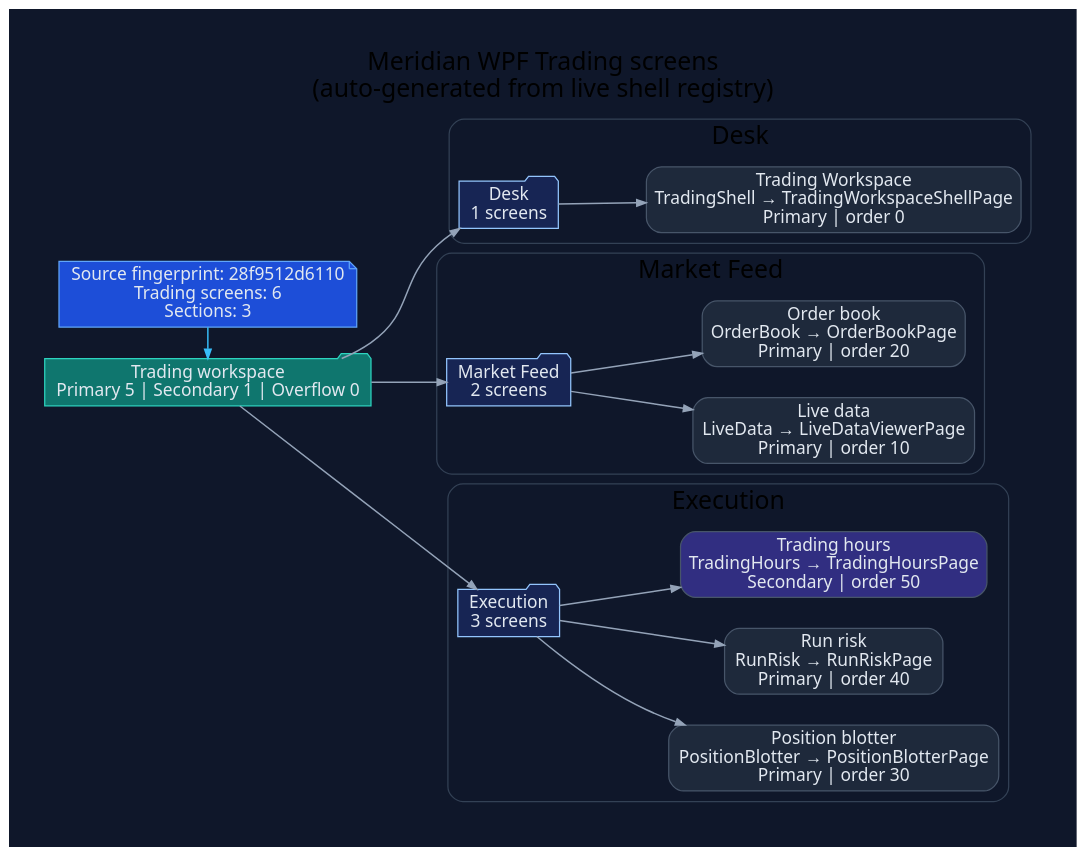
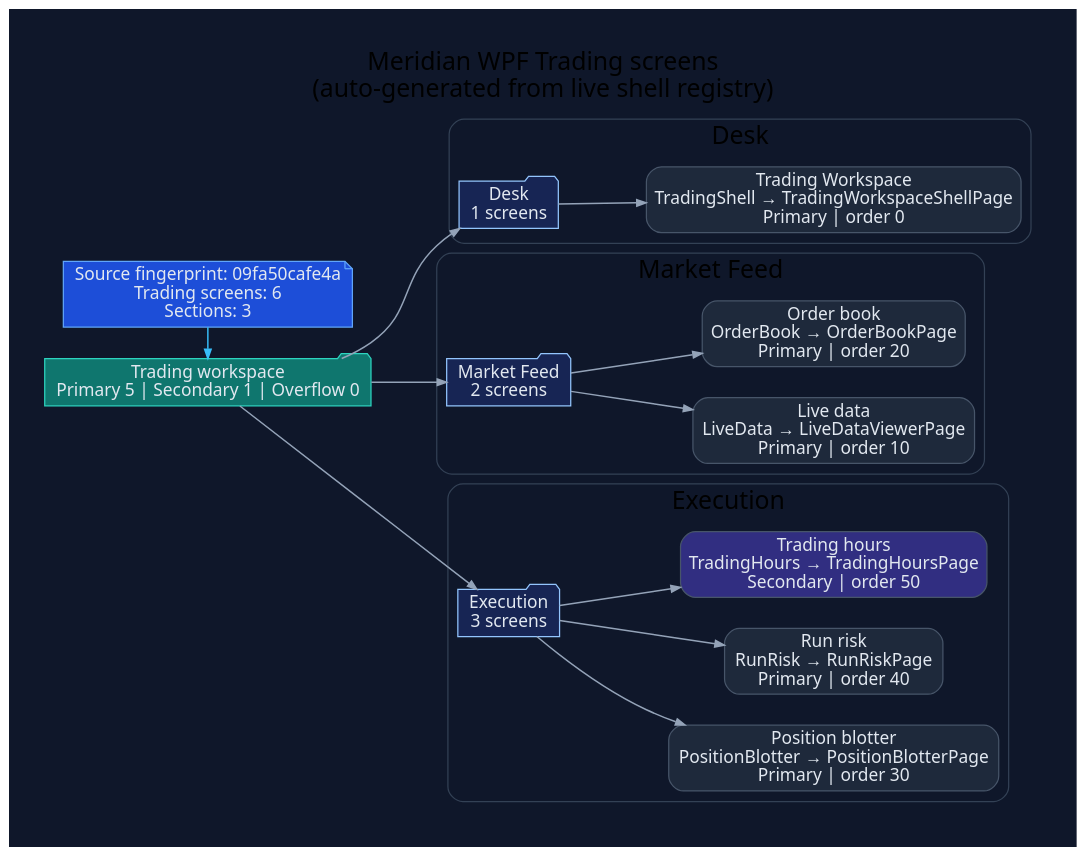
The diagram in docs/diagrams/ui/ui-wpf-screens-trading.dot (rodoHasArrived/Meridian-main), drawn with Graphviz before and after one commit. The commit also changed 263 other files, not shown here.

```diff
--- a/docs/diagrams/ui/ui-wpf-screens-trading.dot
+++ b/docs/diagrams/ui/ui-wpf-screens-trading.dot
@@ -1,62 +1,62 @@
 // -----------------------------------------------------------------------------
 // <auto-generated>
 // Generated by scripts/generate-diagrams.mjs.
 // Do not edit this file directly; update the WPF source files instead.
 // -----------------------------------------------------------------------------
 digraph WpfTradingScreens {
   graph [
     rankdir=LR,
     labelloc=t,
     label="Meridian WPF Trading screens\n(auto-generated from live shell registry)",
     fontname="Segoe UI",
     fontsize=20,
     pad=0.4,
     nodesep=0.35,
     ranksep=0.85,
     bgcolor="#0f172a"
   ];
   node [fontname="Segoe UI", shape=box, style="rounded,filled", color="#475569", fontcolor="#e2e8f0", fillcolor="#1e293b"];
   edge [fontname="Segoe UI", color="#94a3b8", penwidth=1.2, arrowsize=0.75];
 
-  generated [shape=note, fillcolor="#1d4ed8", color="#60a5fa", label="Source fingerprint: 28f9512d6110\nTrading screens: 6\nSections: 3"];
+  generated [shape=note, fillcolor="#1d4ed8", color="#60a5fa", label="Source fingerprint: 09fa50cafe4a\nTrading screens: 6\nSections: 3"];
   workspace [shape=folder, fillcolor="#0f766e", color="#2dd4bf", label="Trading workspace\nPrimary 5 | Secondary 1 | Overflow 0"];
   generated -> workspace [color="#38bdf8"];
 
   subgraph cluster_section_1 {
     label="Desk";
     color="#334155";
     style="rounded";
     section_1 [shape=folder, fillcolor="#172554", color="#93c5fd", label="Desk\n1 screens"];
     workspace -> section_1;
     screen_TradingShell [fillcolor="#1e293b", label="Trading Workspace\nTradingShell → TradingWorkspaceShellPage\nPrimary | order 0"];
     section_1 -> screen_TradingShell;
   }
 
   subgraph cluster_section_2 {
     label="Market Feed";
     color="#334155";
     style="rounded";
     section_2 [shape=folder, fillcolor="#172554", color="#93c5fd", label="Market Feed\n2 screens"];
     workspace -> section_2;
     screen_LiveData [fillcolor="#1e293b", label="Live data\nLiveData → LiveDataViewerPage\nPrimary | order 10"];
     section_2 -> screen_LiveData;
     screen_OrderBook [fillcolor="#1e293b", label="Order book\nOrderBook → OrderBookPage\nPrimary | order 20"];
     section_2 -> screen_OrderBook;
   }
 
   subgraph cluster_section_3 {
     label="Execution";
     color="#334155";
     style="rounded";
     section_3 [shape=folder, fillcolor="#172554", color="#93c5fd", label="Execution\n3 screens"];
     workspace -> section_3;
     screen_PositionBlotter [fillcolor="#1e293b", label="Position blotter\nPositionBlotter → PositionBlotterPage\nPrimary | order 30"];
     section_3 -> screen_PositionBlotter;
     screen_RunRisk [fillcolor="#1e293b", label="Run risk\nRunRisk → RunRiskPage\nPrimary | order 40"];
     section_3 -> screen_RunRisk;
     screen_TradingHours [fillcolor="#312e81", label="Trading hours\nTradingHours → TradingHoursPage\nSecondary | order 50"];
     section_3 -> screen_TradingHours;
   }
 
   { rank=min; generated; workspace; }
 }
```
